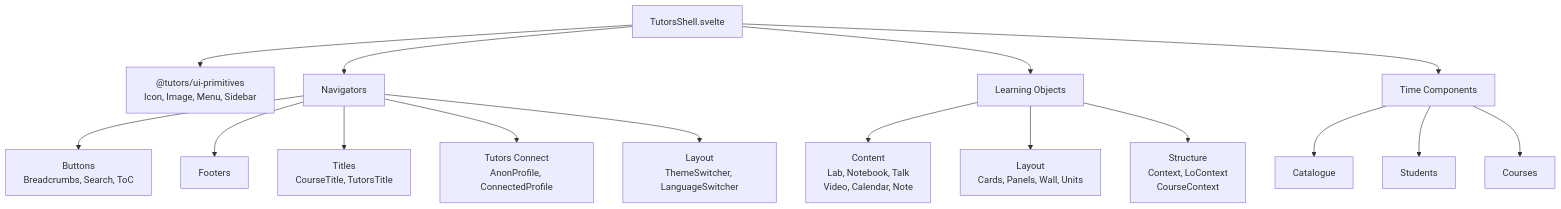
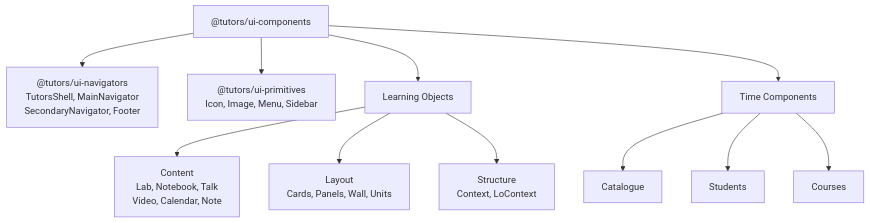
Before and after one commit to tutors-sdk/tutors-reference-manual: the seventh of 14 diagrams in unit-4-dev/note-architecture/note-architecture.md, drawn with Mermaid. The commit also changed other lines of this file and 8 other files, not shown here.

Commit message:
updated architecture

````diff
--- a/unit-4-dev/note-architecture/note-architecture.md
+++ b/unit-4-dev/note-architecture/note-architecture.md
@@ -1039,23 +1110,17 @@
 ```mermaid
 graph TD
-  shell["TutorsShell.svelte"]
+  ui_comp["@tutors/ui-components"]
 
-  shell --> primitives["@tutors/ui-primitives<br/>Icon, Image, Menu, Sidebar"]
-  shell --> nav["Navigators"]
-  shell --> lo["Learning Objects"]
-  shell --> time_comp["Time Components"]
-
-  nav --> buttons["Buttons<br/>Breadcrumbs, Search, ToC"]
-  nav --> footers["Footers"]
-  nav --> titles["Titles<br/>CourseTitle, TutorsTitle"]
-  nav --> tutors_connect["Tutors Connect<br/>AnonProfile, ConnectedProfile"]
-  nav --> layout_nav["Layout<br/>ThemeSwitcher, LanguageSwitcher"]
+  ui_comp --> ui_nav["@tutors/ui-navigators<br/>TutorsShell, MainNavigator<br/>SecondaryNavigator, Footer"]
+  ui_comp --> primitives["@tutors/ui-primitives<br/>Icon, Image, Menu, Sidebar"]
+  ui_comp --> lo["Learning Objects"]
+  ui_comp --> time_comp["Time Components"]
 
   lo --> content["Content<br/>Lab, Notebook, Talk<br/>Video, Calendar, Note"]
   lo --> layout_lo["Layout<br/>Cards, Panels, Wall, Units"]
-  lo --> structure["Structure<br/>Context, LoContext<br/>CourseContext"]
+  lo --> structure["Structure<br/>Context, LoContext"]
 
   time_comp --> catalogue_view["Catalogue"]
   time_comp --> students["Students"]
   time_comp --> courses["Courses"]
 ```
````
